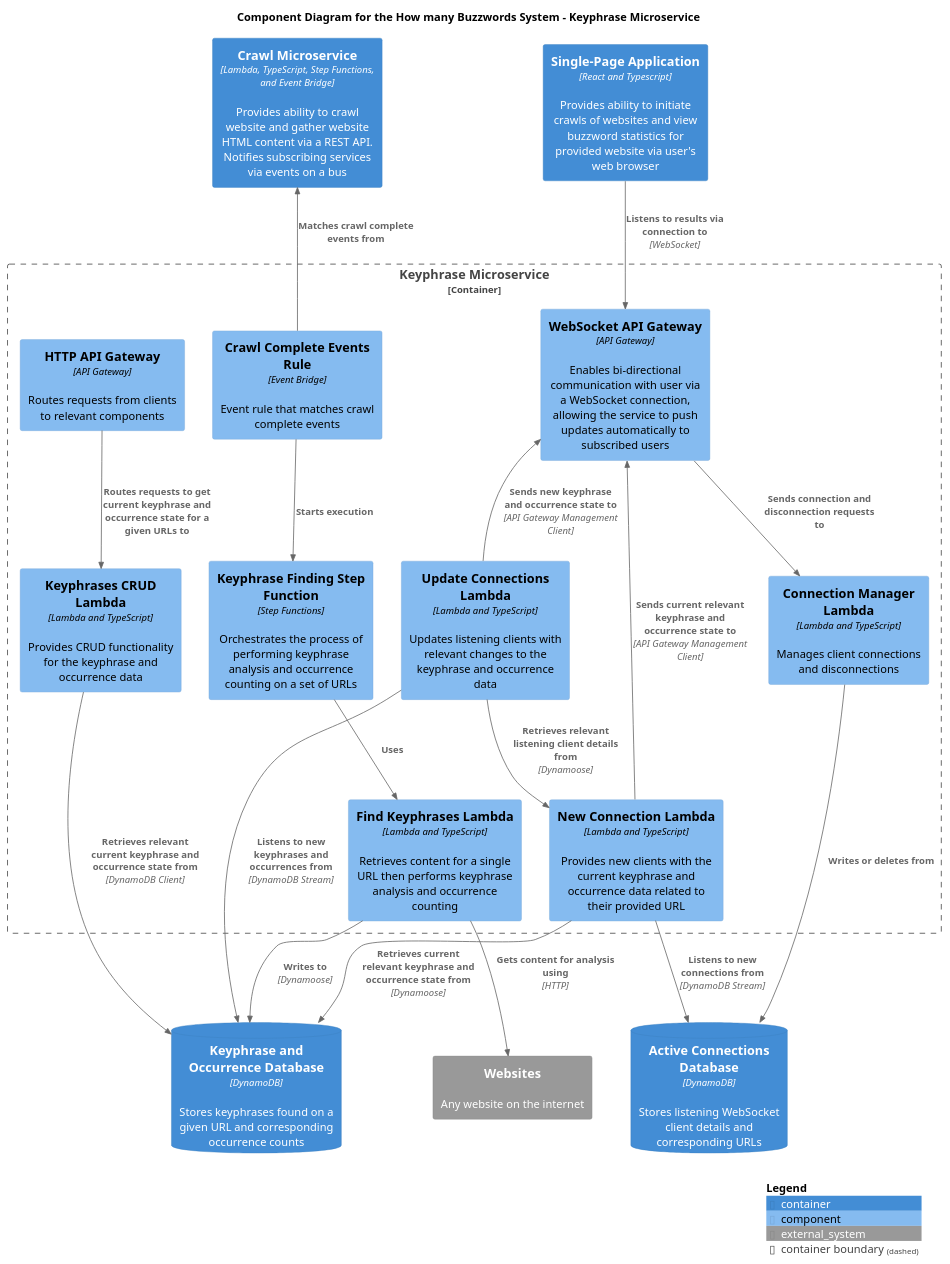
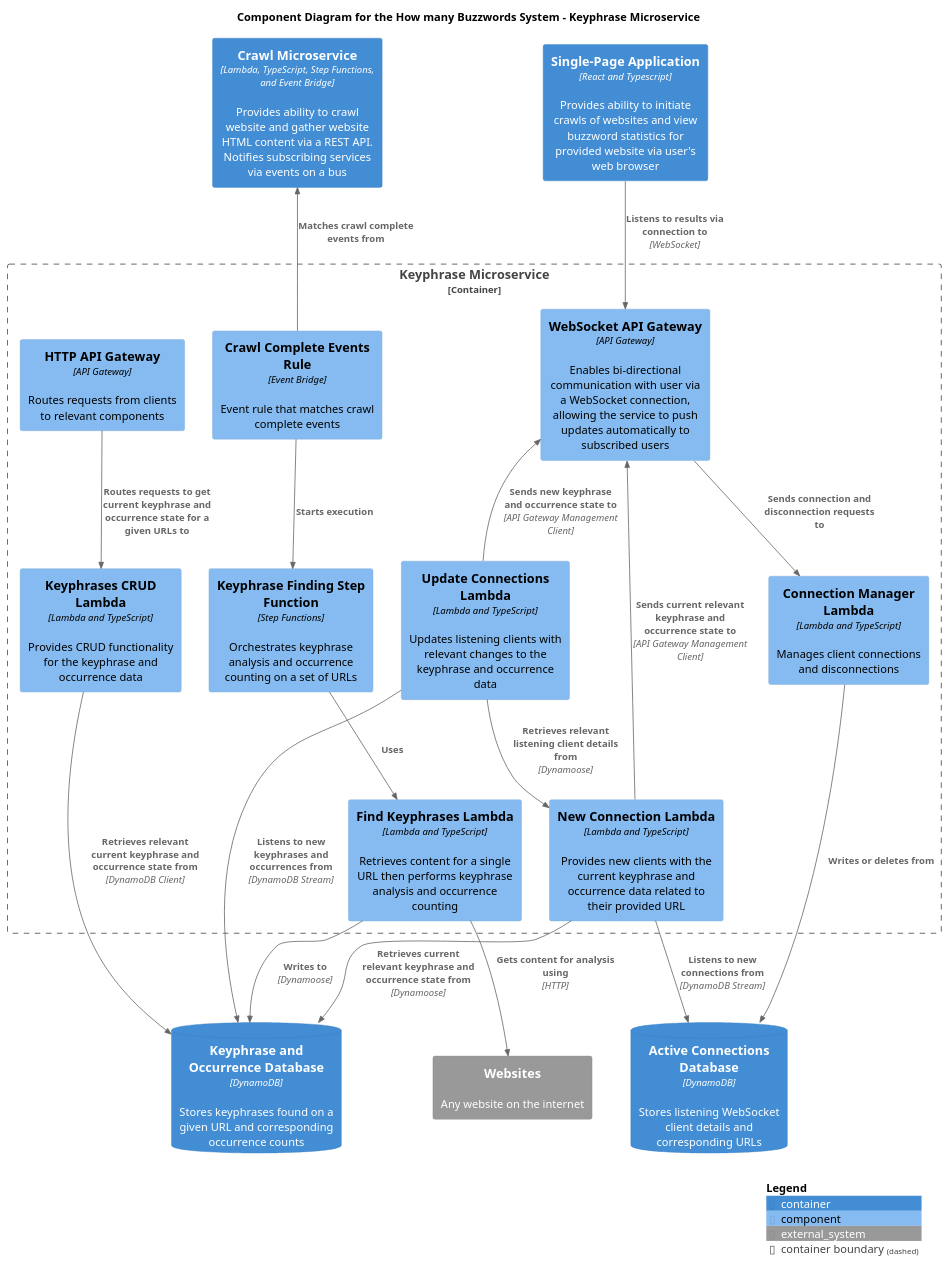
Before and after one commit to ashley-evans/how-many-buzzwords: the diagram in docs/c4-diagrams/buzzword-c4-component-keyphrase-microservice.puml, drawn with PlantUML. The commit also changed 2 other files, not shown here.

Commit message:
Update component and container diagrams to remove redundant text and improve readability

```diff
--- a/docs/c4-diagrams/buzzword-c4-component-keyphrase-microservice.puml
+++ b/docs/c4-diagrams/buzzword-c4-component-keyphrase-microservice.puml
@@ -1,55 +1,55 @@
 @startuml Buzzword C4 Component Diagram
 
 !include https://raw.githubusercontent.com/plantuml-stdlib/C4-PlantUML/master/C4_Component.puml
 
 title Component Diagram for the How many Buzzwords System - Keyphrase Microservice
 
 Container(single_page_application, "Single-Page Application", "React and Typescript", $descr="Provides ability to initiate crawls of websites and view buzzword statistics for provided website via user's web browser")
 Container(crawl_microservice, "Crawl Microservice", "Lambda, TypeScript, Step Functions, and Event Bridge", $descr="Provides ability to crawl website and gather website HTML content via a REST API. Notifies subscribing services via events on a bus")
 
 Container_Boundary(keyphrase_microservice_boundary, "Keyphrase Microservice") {
     Component(http_api_gateway, "HTTP API Gateway", "API Gateway", "Routes requests from clients to relevant components")
     Component(ws_api_gateway, "WebSocket API Gateway", "API Gateway", "Enables bi-directional communication with user via a WebSocket connection, allowing the service to push updates automatically to subscribed users")
-    Component(step_function, "Keyphrase Finding Step Function", "Step Functions", "Orchestrates the process of performing keyphrase analysis and occurrence counting on a set of URLs")
+    Component(step_function, "Keyphrase Finding Step Function", "Step Functions", "Orchestrates keyphrase analysis and occurrence counting on a set of URLs")
     Component(find_keyphrases_lambda, "Find Keyphrases Lambda", "Lambda and TypeScript", "Retrieves content for a single URL then performs keyphrase analysis and occurrence counting")
     Component(crud_lambda, "Keyphrases CRUD Lambda", "Lambda and TypeScript", "Provides CRUD functionality for the keyphrase and occurrence data")
     Component(update_connections_lambda, "Update Connections Lambda", "Lambda and TypeScript", "Updates listening clients with relevant changes to the keyphrase and occurrence data")
     Component(new_connection_lambda, "New Connection Lambda", "Lambda and TypeScript", "Provides new clients with the current keyphrase and occurrence data related to their provided URL")
     Component(connection_manager_lambda, "Connection Manager Lambda", "Lambda and TypeScript", "Manages client connections and disconnections")
     Component(crawl_complete_subscription, "Crawl Complete Events Rule", "Event Bridge", "Event rule that matches crawl complete events")
 }
 
 ContainerDb(keyphrase_db, "Keyphrase and Occurrence Database", "DynamoDB", "Stores keyphrases found on a given URL and corresponding occurrence counts")
 ContainerDb(active_connections_db, "Active Connections Database", "DynamoDB", "Stores listening WebSocket client details and corresponding URLs")
 
 System_Ext(websites, "Websites", "Any website on the internet")
 
 Rel(http_api_gateway, crud_lambda, "Routes requests to get current keyphrase and occurrence state for a given URLs to")
 
 Rel(crud_lambda, keyphrase_db, "Retrieves relevant current keyphrase and occurrence state from", "DynamoDB Client")
 
 Rel_D(single_page_application, ws_api_gateway, "Listens to results via connection to", "WebSocket")
 
 Rel(ws_api_gateway, connection_manager_lambda, "Sends connection and disconnection requests to")
 
 Rel(connection_manager_lambda, active_connections_db, "Writes or deletes from")
 
 Rel(new_connection_lambda, active_connections_db, "Listens to new connections from", "DynamoDB Stream")
 Rel(new_connection_lambda, keyphrase_db, "Retrieves current relevant keyphrase and occurrence state from", "Dynamoose")
 Rel_U(new_connection_lambda, ws_api_gateway, "Sends current relevant keyphrase and occurrence state to",  "API Gateway Management Client")
 
 Rel_U(crawl_complete_subscription, crawl_microservice, "Matches crawl complete events from")
 Rel(crawl_complete_subscription, step_function, "Starts execution")
 
 Rel(step_function, find_keyphrases_lambda, "Uses")
 
 Rel(find_keyphrases_lambda, keyphrase_db, "Writes to", "Dynamoose")
 Rel(find_keyphrases_lambda, websites, "Gets content for analysis using", "HTTP")
 
 Rel(update_connections_lambda, keyphrase_db, "Listens to new keyphrases and occurrences from", "DynamoDB Stream")
 Rel(update_connections_lambda, new_connection_lambda, "Retrieves relevant listening client details from", "Dynamoose")
 Rel_U(update_connections_lambda, ws_api_gateway, "Sends new keyphrase and occurrence state to", "API Gateway Management Client")
 
 SHOW_LEGEND()
 
 @enduml
```
